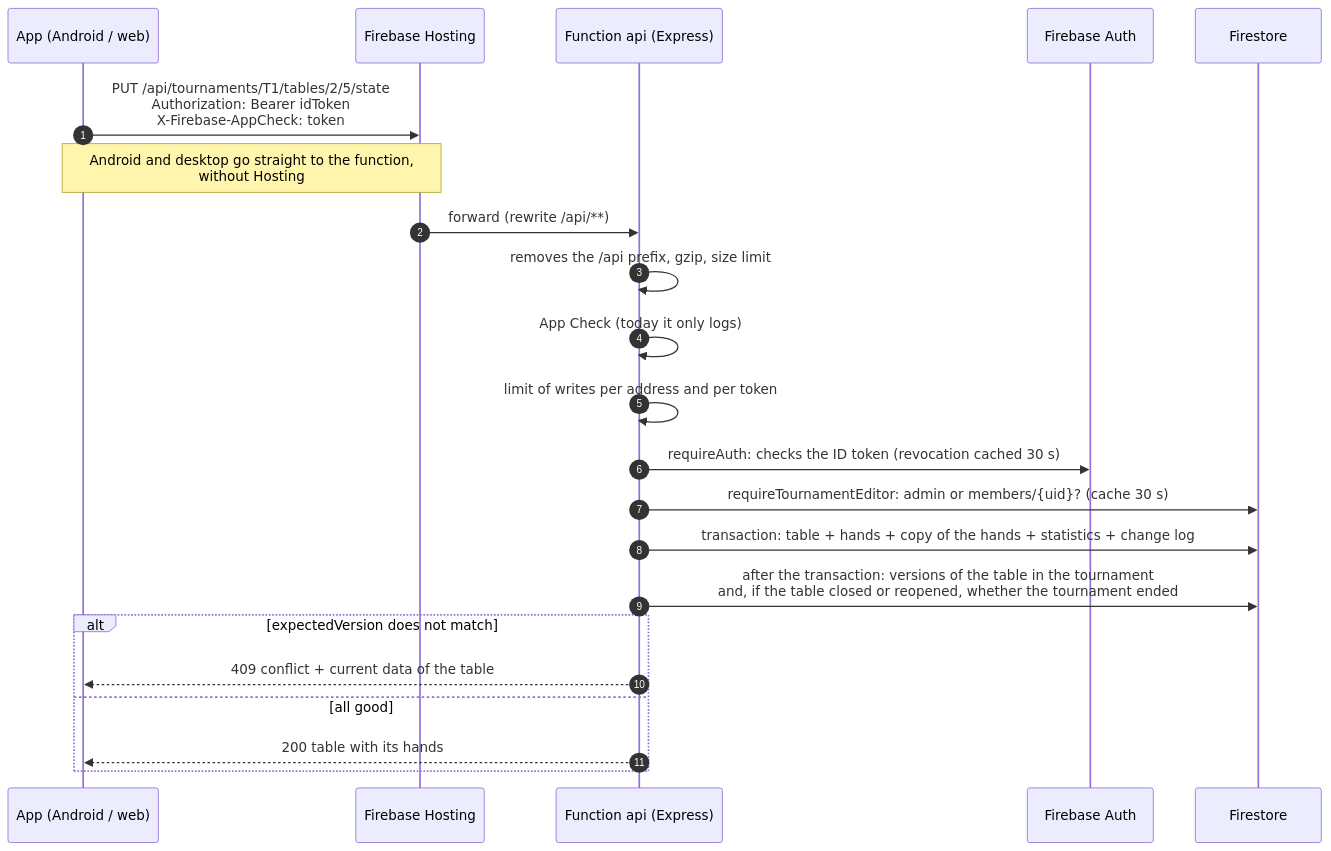
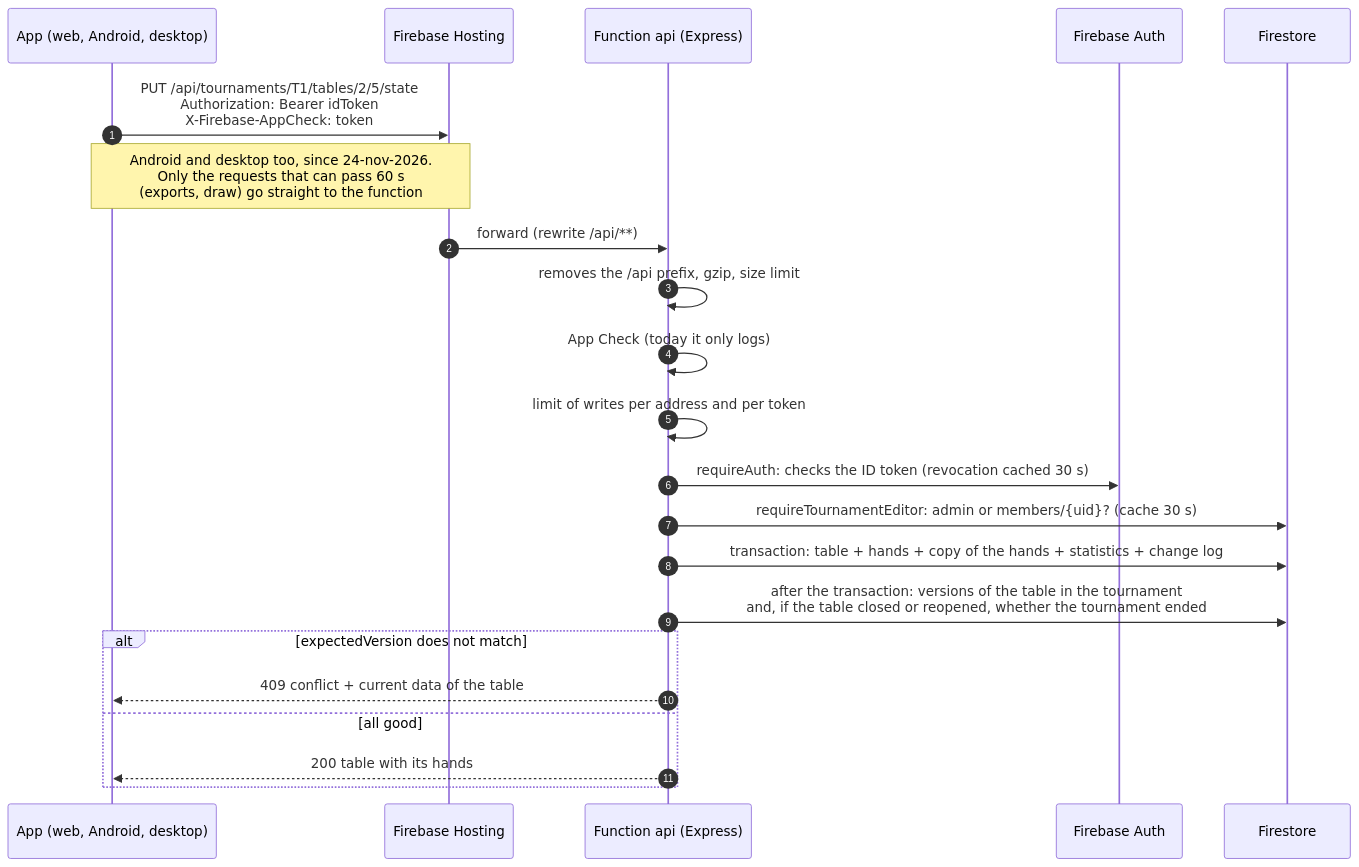
One commit to ernestovega/MahjongTournamentSuite_KMP changed the diagram in docs/architecture/api.md. Above: the diagram before and after it, drawn with Mermaid. The commit also changed 10 other files, not shown here.

First line of the commit message:
Android and desktop reach the API through Firebase Hosting and its CDN, like the web

````diff
--- a/docs/architecture/api.md
+++ b/docs/architecture/api.md
@@ -38,25 +38,25 @@
 ```mermaid
 sequenceDiagram
   autonumber
-  participant App as App (Android / web)
+  participant App as App (web, Android, desktop)
   participant H as Firebase Hosting
   participant F as Function api (Express)
   participant A as Firebase Auth
   participant DB as Firestore
 
   App->>H: PUT /api/tournaments/T1/tables/2/5/state<br/>Authorization: Bearer idToken<br/>X-Firebase-AppCheck: token
-  Note over App,H: Android and desktop go straight to the function,<br/>without Hosting
+  Note over App,H: Android and desktop too, since 24-nov-2026.<br/>Only the requests that can pass 60 s<br/>(exports, draw) go straight to the function
   H->>F: forward (rewrite /api/**)
   F->>F: removes the /api prefix, gzip, size limit
   F->>F: App Check (today it only logs)
   F->>F: limit of writes per address and per token
   F->>A: requireAuth: checks the ID token (revocation cached 30 s)
   F->>DB: requireTournamentEditor: admin or members/{uid}? (cache 30 s)
   F->>DB: transaction: table + hands + copy of the hands + statistics + change log
   F->>DB: after the transaction: versions of the table in the tournament<br/>and, if the table closed or reopened, whether the tournament ended
   alt expectedVersion does not match
     F-->>App: 409 conflict + current data of the table
   else all good
     F-->>App: 200 table with its hands
   end
 ```
````
